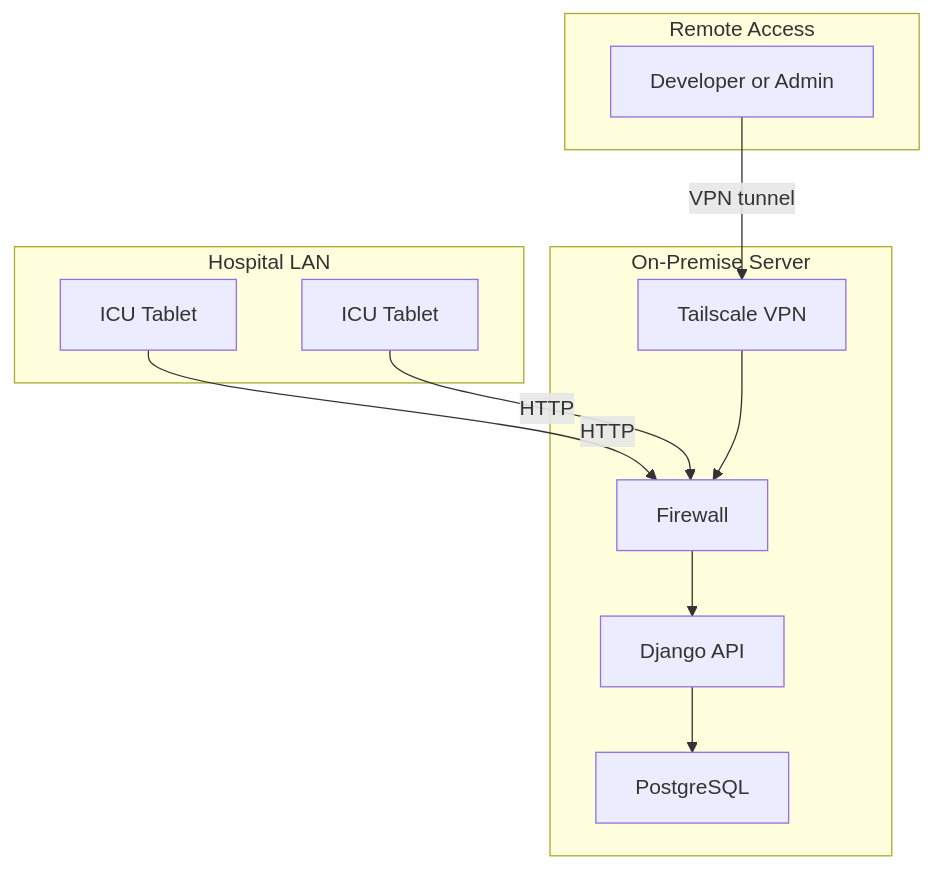
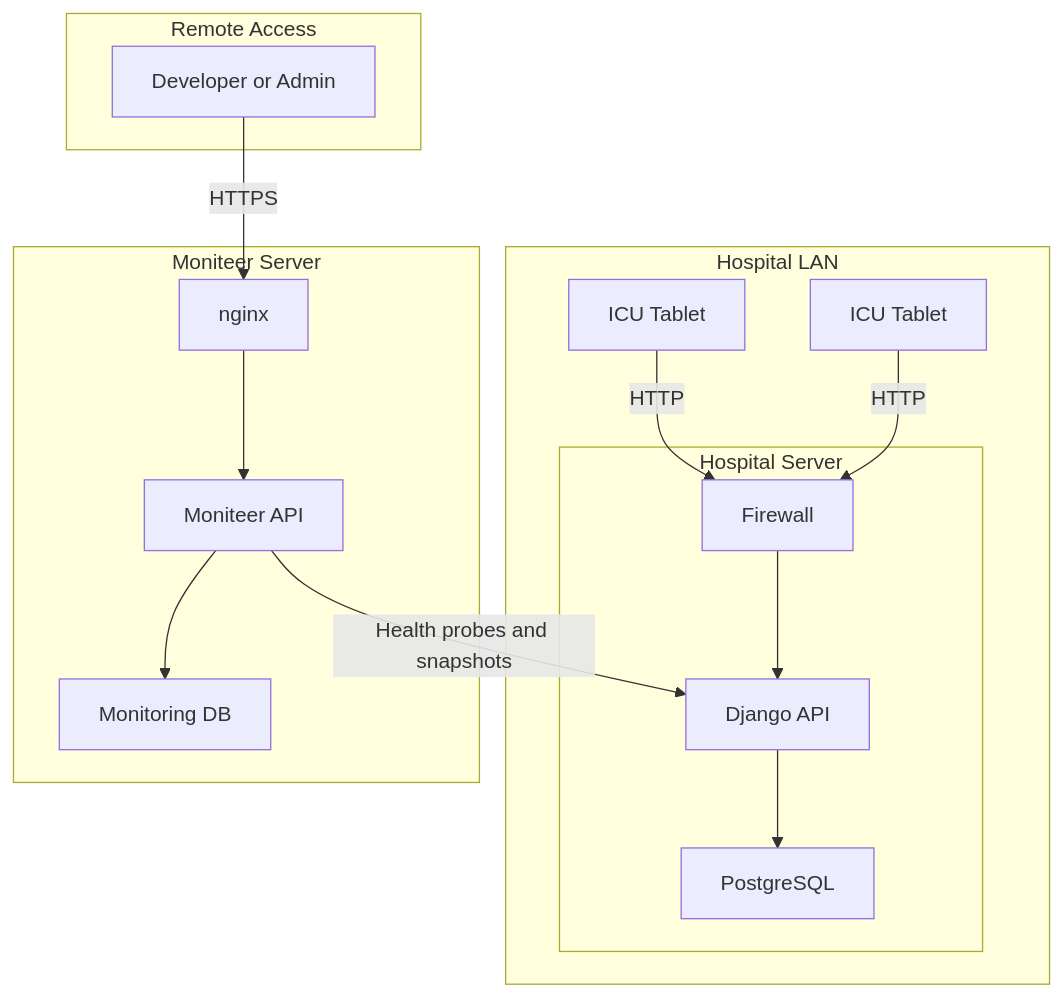
Before and after one commit to hakimnazry24/innutrire-system-diagrams: the sixth of 6 diagrams in 05-system-overview.md, drawn with Mermaid. The commit also changed other lines of this file and 3 other files, not shown here.

First line of the commit message:
feat: add moniteer diagrams and update system overview

````diff
--- a/05-system-overview.md
+++ b/05-system-overview.md
@@ -133,25 +173,32 @@
 ```mermaid
 flowchart TB
-    subgraph HOSPITAL[Hospital LAN]
+    subgraph HOSPITAL_LAN[Hospital LAN]
         T1[ICU Tablet]
         T2[ICU Tablet]
+        subgraph HOSPITAL_SERVER[Hospital Server]
+            FW[Firewall]
+            API[Django API]
+            DB[PostgreSQL]
+        end
     end
 
-    subgraph SERVER[On-Premise Server]
-        FW[Firewall]
-        API[Django API]
-        DB[PostgreSQL]
-        VPN[Tailscale VPN]
+    subgraph MONITEER_SERVER[Moniteer Server]
+        MNGINX[nginx]
+        MAPI[Moniteer API]
+        MDB[Monitoring DB]
     end
 
     subgraph REMOTE[Remote Access]
         DEV[Developer or Admin]
     end
 
     T1 -->|HTTP| FW
     T2 -->|HTTP| FW
     FW --> API
     API --> DB
-    DEV -->|VPN tunnel| VPN
-    VPN --> FW
+
+    DEV -->|HTTPS| MNGINX
+    MNGINX --> MAPI
+    MAPI --> MDB
+    MAPI -->|Health probes and snapshots| API
 ```
````
